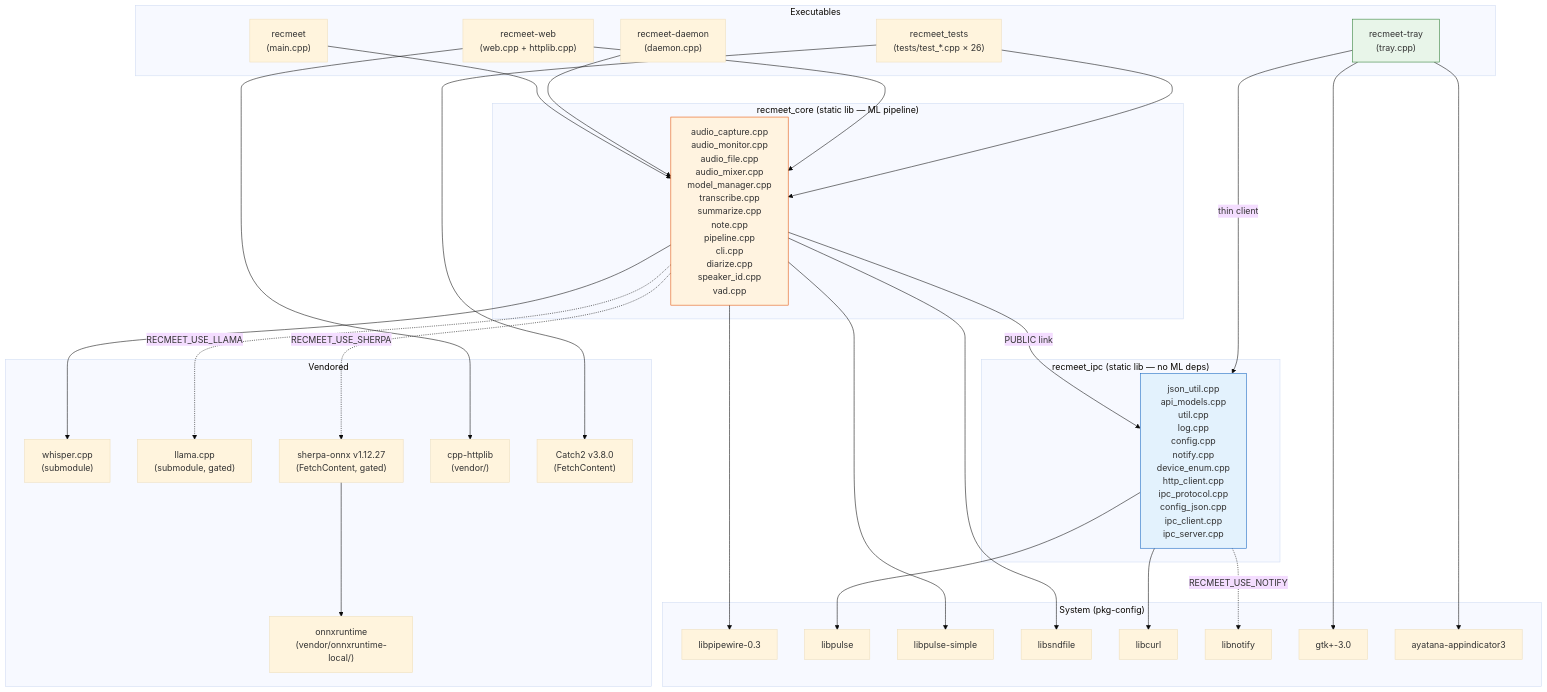
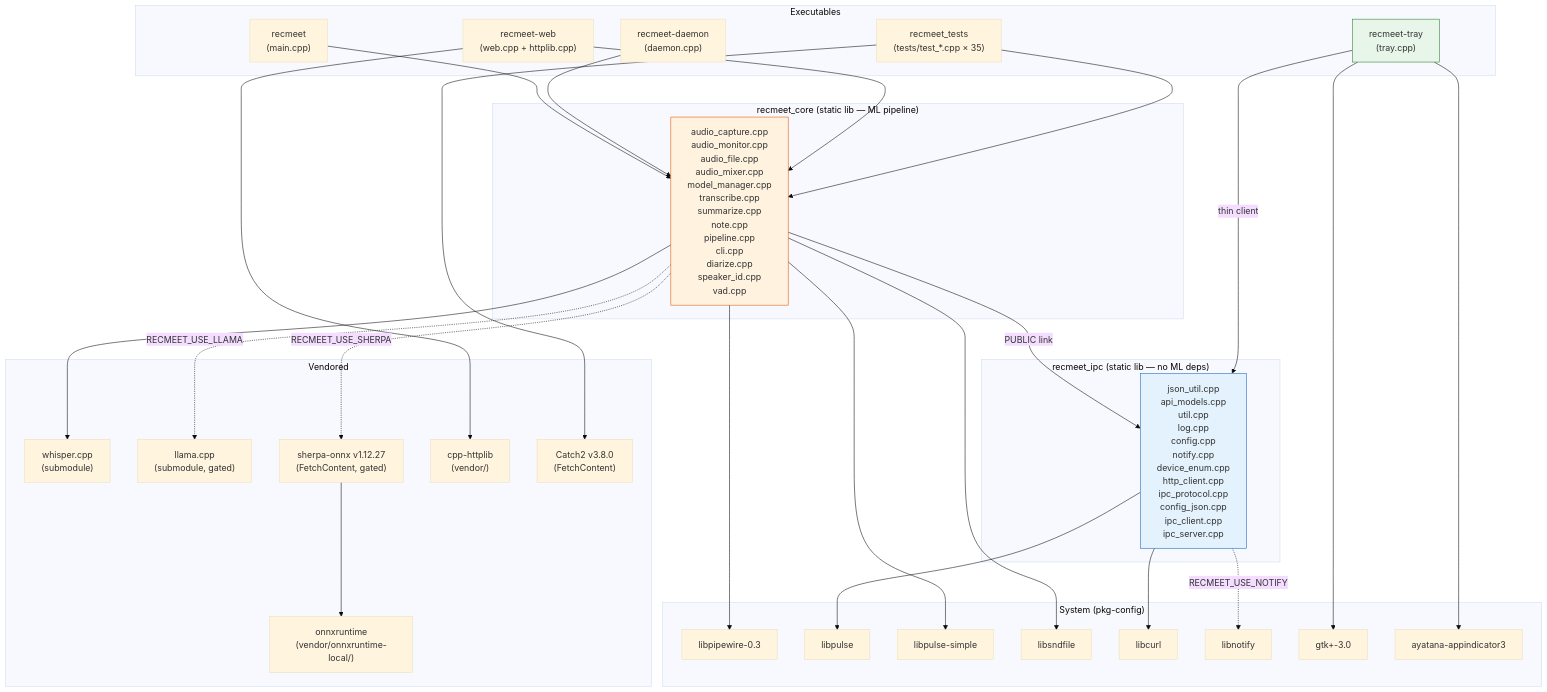
One commit to suykerbuyk/recmeet changed the second of 32 diagrams in docs/COMPONENT-DIAGRAMS.md. Above: the diagram before and after it, drawn with Mermaid (base theme). The commit also changed other lines of this file and 12 other files, not shown here.

````diff
--- a/docs/COMPONENT-DIAGRAMS.md
+++ b/docs/COMPONENT-DIAGRAMS.md
@@ -155,68 +156,68 @@
 ```mermaid
 graph TB
     subgraph "recmeet_ipc (static lib — no ML deps)"
         IPC_SRC["json_util.cpp<br/>api_models.cpp<br/>util.cpp<br/>log.cpp<br/>config.cpp<br/>notify.cpp<br/>device_enum.cpp<br/>http_client.cpp<br/>ipc_protocol.cpp<br/>config_json.cpp<br/>ipc_client.cpp<br/>ipc_server.cpp"]
     end
 
     subgraph "recmeet_core (static lib — ML pipeline)"
         CORE_SRC["audio_capture.cpp<br/>audio_monitor.cpp<br/>audio_file.cpp<br/>audio_mixer.cpp<br/>model_manager.cpp<br/>transcribe.cpp<br/>summarize.cpp<br/>note.cpp<br/>pipeline.cpp<br/>cli.cpp<br/>diarize.cpp<br/>speaker_id.cpp<br/>vad.cpp"]
     end
 
     subgraph "Executables"
         BIN_CLI["recmeet<br/>(main.cpp)"]
         BIN_DAEMON["recmeet-daemon<br/>(daemon.cpp)"]
         BIN_WEB["recmeet-web<br/>(web.cpp + httplib.cpp)"]
         BIN_TRAY["recmeet-tray<br/>(tray.cpp)"]
-        BIN_TEST["recmeet_tests<br/>(tests/test_*.cpp × 26)"]
+        BIN_TEST["recmeet_tests<br/>(tests/test_*.cpp × 35)"]
     end
 
     subgraph "Vendored"
         V_WHISPER["whisper.cpp<br/>(submodule)"]
         V_LLAMA["llama.cpp<br/>(submodule, gated)"]
         V_SHERPA["sherpa-onnx v1.12.27<br/>(FetchContent, gated)"]
         V_ONNX["onnxruntime<br/>(vendor/onnxruntime-local/)"]
         V_HTTPLIB["cpp-httplib<br/>(vendor/)"]
         V_CATCH["Catch2 v3.8.0<br/>(FetchContent)"]
     end
 
     subgraph "System (pkg-config)"
         SYS_PW["libpipewire-0.3"]
         SYS_PA["libpulse"]
         SYS_PAS["libpulse-simple"]
         SYS_SF["libsndfile"]
         SYS_CURL["libcurl"]
         SYS_NOTIFY["libnotify"]
         SYS_GTK["gtk+-3.0"]
         SYS_AI["ayatana-appindicator3"]
     end
 
     %% recmeet_ipc deps
     IPC_SRC --> SYS_PA
     IPC_SRC --> SYS_CURL
     IPC_SRC -.->|"RECMEET_USE_NOTIFY"| SYS_NOTIFY
 
     %% recmeet_core deps
     CORE_SRC -->|"PUBLIC link"| IPC_SRC
     CORE_SRC --> V_WHISPER
     CORE_SRC -.->|"RECMEET_USE_LLAMA"| V_LLAMA
     CORE_SRC -.->|"RECMEET_USE_SHERPA"| V_SHERPA
     V_SHERPA --> V_ONNX
     CORE_SRC --> SYS_PW
     CORE_SRC --> SYS_PAS
     CORE_SRC --> SYS_SF
 
     %% Binary links
     BIN_CLI --> CORE_SRC
     BIN_DAEMON --> CORE_SRC
     BIN_WEB --> CORE_SRC
     BIN_WEB --> V_HTTPLIB
     BIN_TRAY -->|"thin client"| IPC_SRC
     BIN_TRAY --> SYS_GTK
     BIN_TRAY --> SYS_AI
     BIN_TEST --> CORE_SRC
     BIN_TEST --> V_CATCH
 
     style BIN_TRAY fill:#e8f5e9,stroke:#2e7d32
     style IPC_SRC fill:#e3f2fd,stroke:#1565c0
     style CORE_SRC fill:#fff3e0,stroke:#e65100
 ```
````
